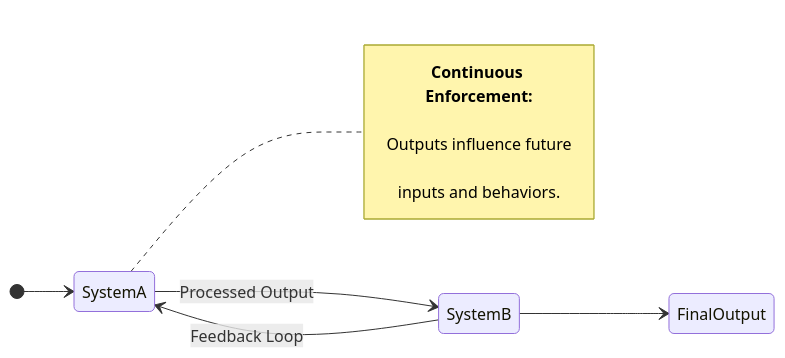
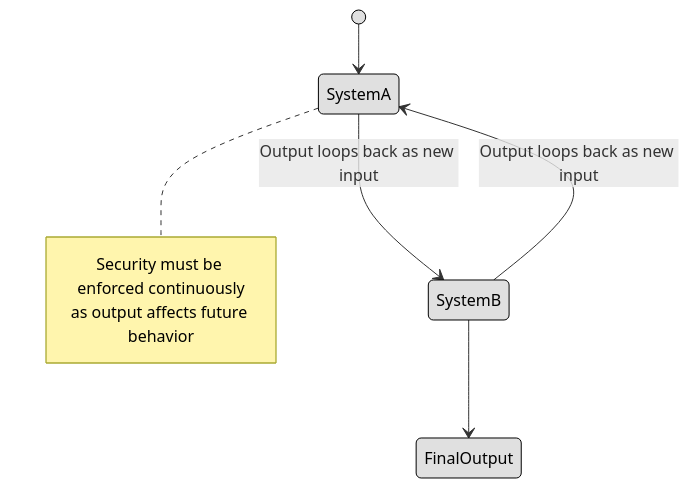
The third of 15 diagrams in DOMAIN3: Security Architecture and Engineering/3.02 Understand the fundamental concepts of security models (e.g. Biba, Star Model, Bell Lapadula).md (lorenzoleonelli/CISSP-Zero-to-Hero), drawn with Mermaid before and after one commit. The commit also changed other lines of this file, not shown here.

Commit message:
Update 3.02 Understand the fundamental concepts of security models (e.g. Biba, Star Model, Bell Lapadula).md

````diff
--- a/DOMAIN3: Security Architecture and Engineering/3.02 Understand the fundamental concepts of security models (e.g. Biba, Star Model, Bell Lapadula).md
+++ b/DOMAIN3: Security Architecture and Engineering/3.02 Understand the fundamental concepts of security models (e.g. Biba, Star Model, Bell Lapadula).md
@@ -64,15 +55,15 @@
 ```mermaid
 stateDiagram-v2
-    direction LR
-
     [*] --> SystemA
-    SystemA --> SystemB : Processed Output
-    SystemB --> SystemA : Feedback Loop
+    SystemA --> SystemB : Output loops back as new input
+    SystemB --> SystemA : Output loops back as new input
     SystemB --> FinalOutput
 
     note right of SystemA
-        <b>Continuous Enforcement:</b>
-        <br/>Outputs influence future
-        <br/>inputs and behaviors.
+      Security must be enforced continuously
+      as output affects future behavior
     end note
+
+    classDef center fill:#ffffff,color:#000000,stroke:#000000,stroke-width:1px,font-weight:bold
+    classDef node fill:#e0e0e0,color:#000000,stroke:#000000,stroke-width:1px
 ```
````
